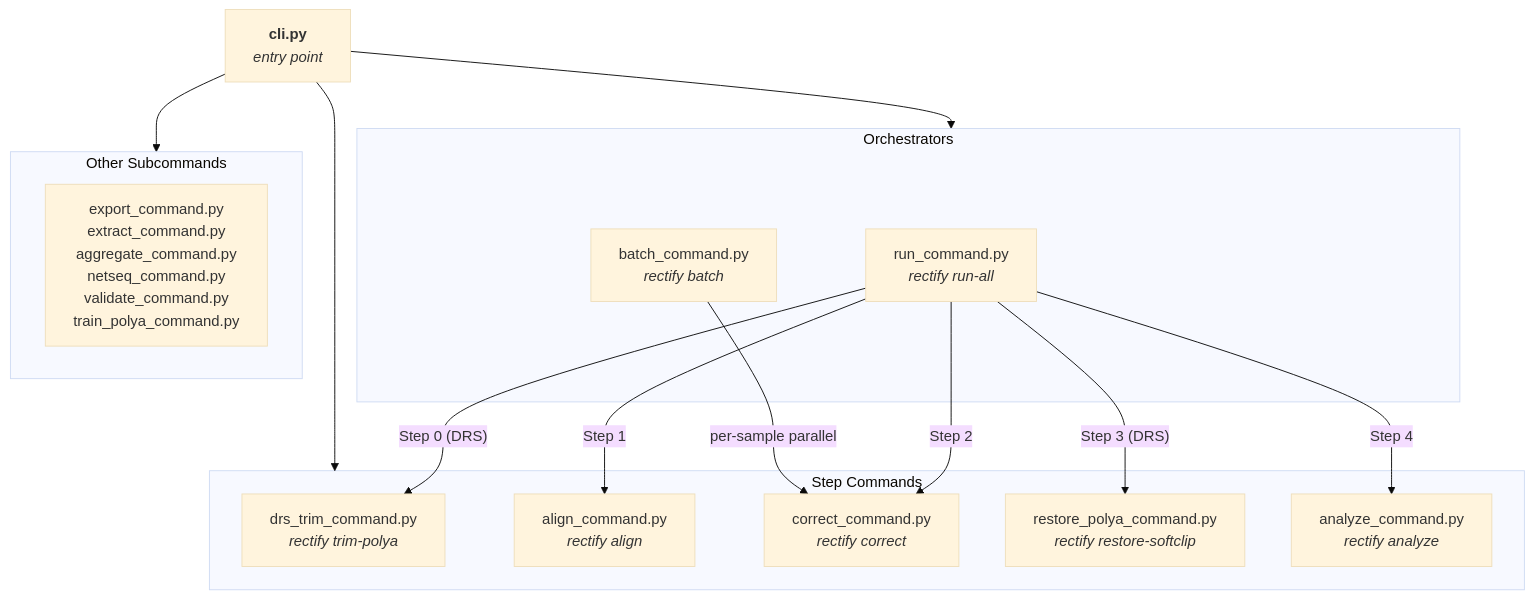
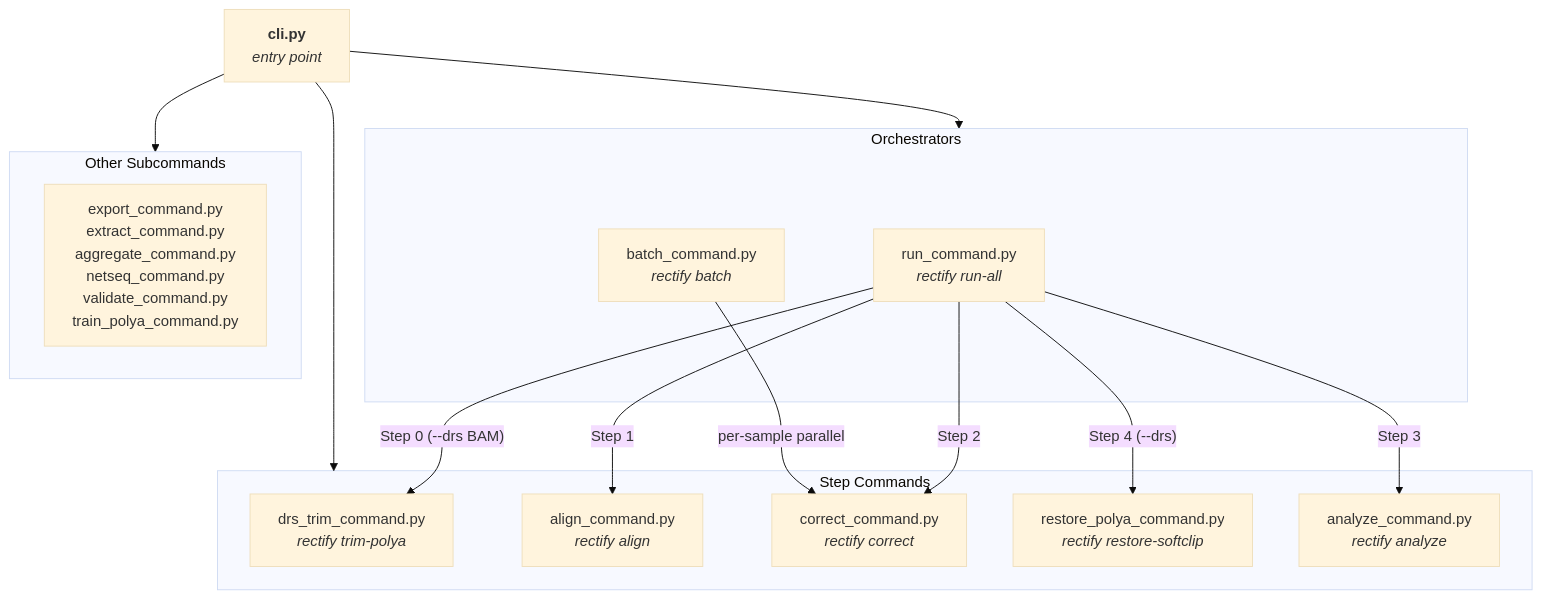
Before and after one commit to k-roy/RECTIFY: the first of 2 diagrams in ARCHITECTURE.md, drawn with Mermaid (base theme). The commit also changed other lines of this file and 22 other files, not shown here.

````diff
--- a/ARCHITECTURE.md
+++ b/ARCHITECTURE.md
@@ -191,33 +191,33 @@
 ```mermaid
 flowchart TD
     CLI["<b>cli.py</b><br/><i>entry point</i>"]
 
     subgraph orchestrators["Orchestrators"]
         RC["run_command.py<br/><i>rectify run-all</i>"]
         BC["batch_command.py<br/><i>rectify batch</i>"]
     end
 
     subgraph commands["Step Commands"]
         TC["drs_trim_command.py<br/><i>rectify trim-polya</i>"]
         AL["align_command.py<br/><i>rectify align</i>"]
         CC["correct_command.py<br/><i>rectify correct</i>"]
         RSC["restore_polya_command.py<br/><i>rectify restore-softclip</i>"]
         AC["analyze_command.py<br/><i>rectify analyze</i>"]
     end
 
     subgraph utilities["Other Subcommands"]
         EX["export_command.py<br/>extract_command.py<br/>aggregate_command.py<br/>netseq_command.py<br/>validate_command.py<br/>train_polya_command.py"]
     end
 
     CLI --> orchestrators
     CLI --> commands
     CLI --> utilities
 
-    RC -->|"Step 0 (DRS)"| TC
+    RC -->|"Step 0 (--drs BAM)"| TC
     RC -->|"Step 1"| AL
     RC -->|"Step 2"| CC
-    RC -->|"Step 3 (DRS)"| RSC
-    RC -->|"Step 4"| AC
+    RC -->|"Step 3"| AC
+    RC -->|"Step 4 (--drs)"| RSC
 
     BC -->|"per-sample parallel"| CC
 ```
````
